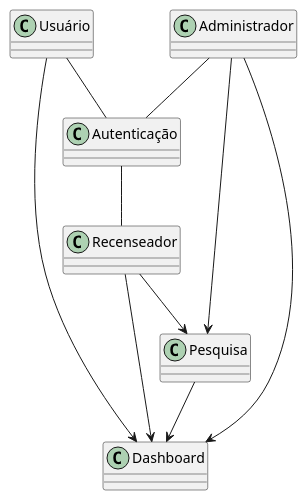
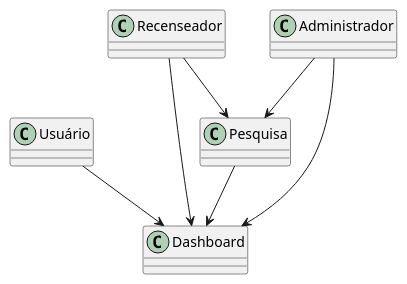
Before and after one commit to Projetos-de-Extensao/PBE_25.1_8002_QuarterBackers: the diagram in docs/assets/Diagrama_de_Classes/diagrama.puml, drawn with PlantUML. The commit also changed 1 other file, not shown here.

Commit message:
update diagrama_de_classes

```diff
--- a/docs/assets/Diagrama_de_Classes/diagrama.puml
+++ b/docs/assets/Diagrama_de_Classes/diagrama.puml
@@ -1,31 +1,25 @@
 @startuml diagrama_de_classes
 
 class Usuário {
 }
 
 class Recenseador {
 }
 
 class Administrador {
 }
 
 class Pesquisa {
 }
 
 class Dashboard {
 }
 
-class Autenticação{
-}
-
 Usuário  -->  Dashboard
-Autenticação -- Recenseador
-Administrador -- Autenticação
 Pesquisa --> Dashboard
 Administrador --> Pesquisa
 Recenseador --> Pesquisa
-Usuário -- Autenticação
 Recenseador --> Dashboard
 Administrador --> Dashboard
 
 @enduml
```
